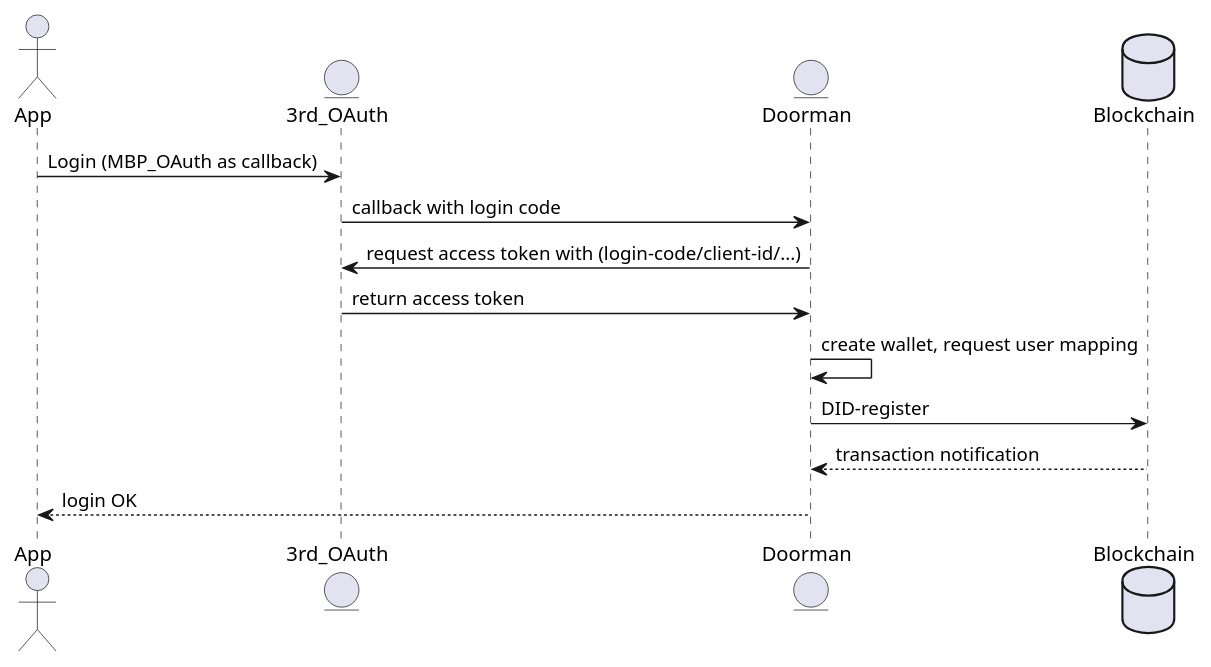
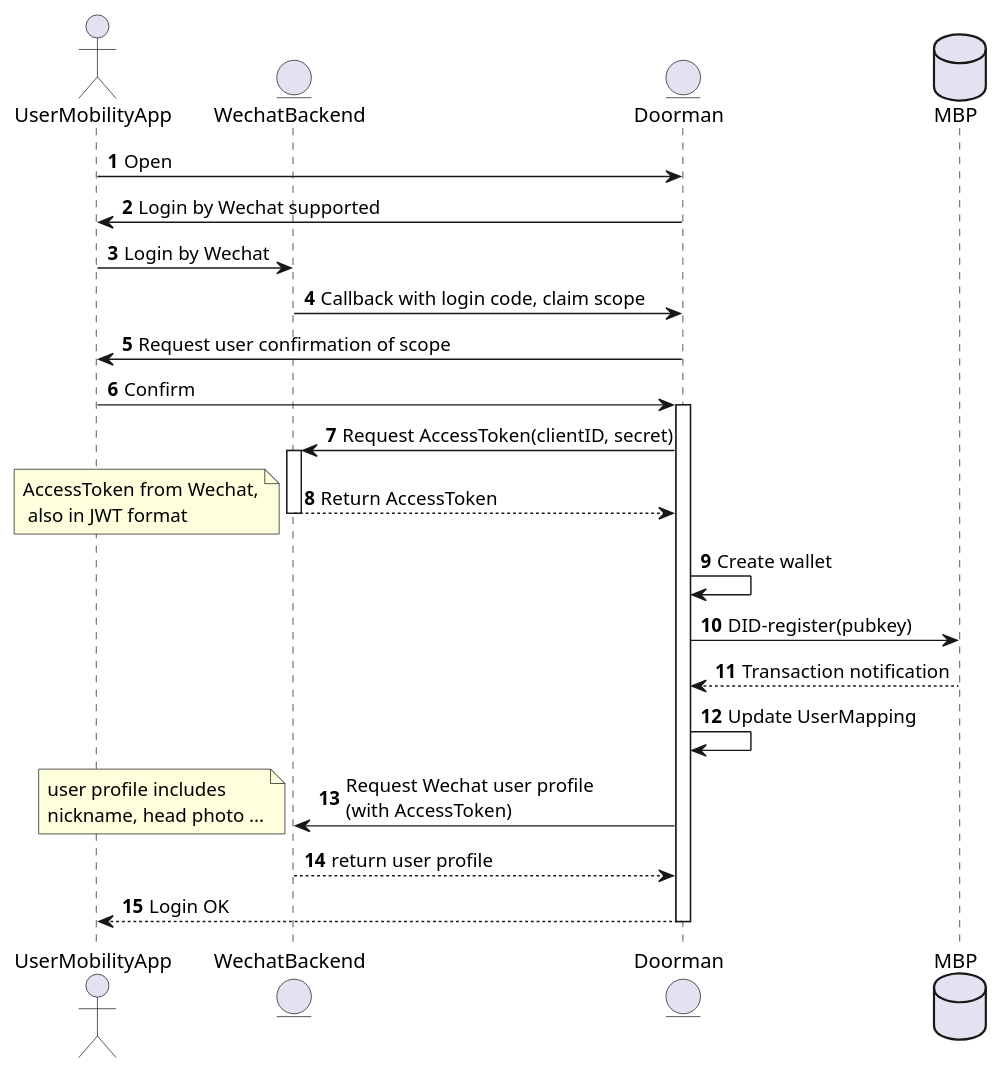
The second of 3 diagrams in projects/daimler/MBP-login.md (Honglei-Cong/documents), drawn with PlantUML before and after one commit. The commit also changed other lines of this file and 3 other files, not shown here.

Commit message:
update MBP login process

````diff
--- a/projects/daimler/MBP-login.md
+++ b/projects/daimler/MBP-login.md
@@ -114,15 +55,29 @@
 ```plantuml
-actor App
-entity 3rd_OAuth
+autonumber
+actor UserMobilityApp
+entity WechatBackend
 entity Doorman
-database Blockchain
+database MBP
 
-App->3rd_OAuth: Login (MBP_OAuth as callback)
-3rd_OAuth->Doorman: callback with login code
-Doorman->3rd_OAuth: request access token with (login-code/client-id/...)
-3rd_OAuth->Doorman: return access token
-Doorman->Doorman: create wallet, request user mapping
-Doorman->Blockchain: DID-register
-Blockchain-->Doorman: transaction notification
-Doorman-->App: login OK
+UserMobilityApp->Doorman: Open
+Doorman->UserMobilityApp: Login by Wechat supported
+UserMobilityApp->WechatBackend: Login by Wechat
+WechatBackend->Doorman: Callback with login code, claim scope
+Doorman->UserMobilityApp: Request user confirmation of scope
+UserMobilityApp->Doorman: Confirm 
+activate Doorman
+Doorman->WechatBackend: Request AccessToken(clientID, secret)
+activate WechatBackend
+WechatBackend-->Doorman: Return AccessToken
+deactivate WechatBackend
+note left: AccessToken from Wechat,\n also in JWT format
+Doorman->Doorman: Create wallet
+Doorman->MBP: DID-register(pubkey)
+MBP-->Doorman: Transaction notification
+Doorman->Doorman: Update UserMapping
+Doorman->WechatBackend: Request Wechat user profile \n(with AccessToken)
+note left: user profile includes \nnickname, head photo ...
+WechatBackend-->Doorman: return user profile
+Doorman-->UserMobilityApp: Login OK
+deactivate Doorman
 ```
````
